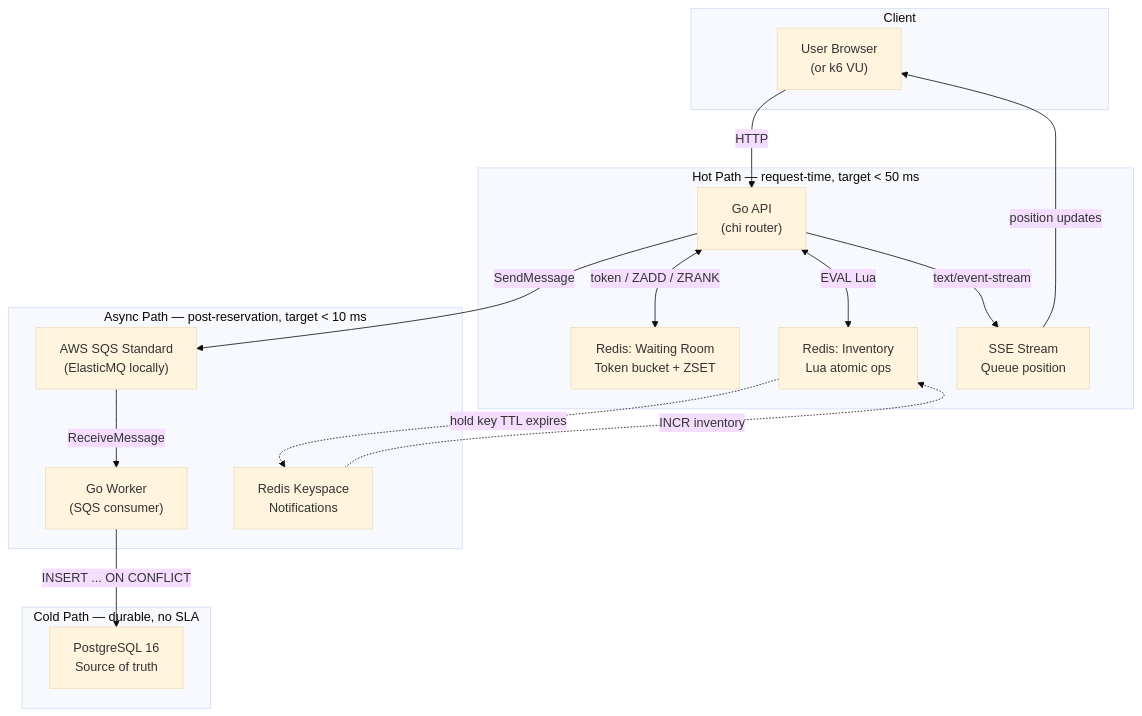
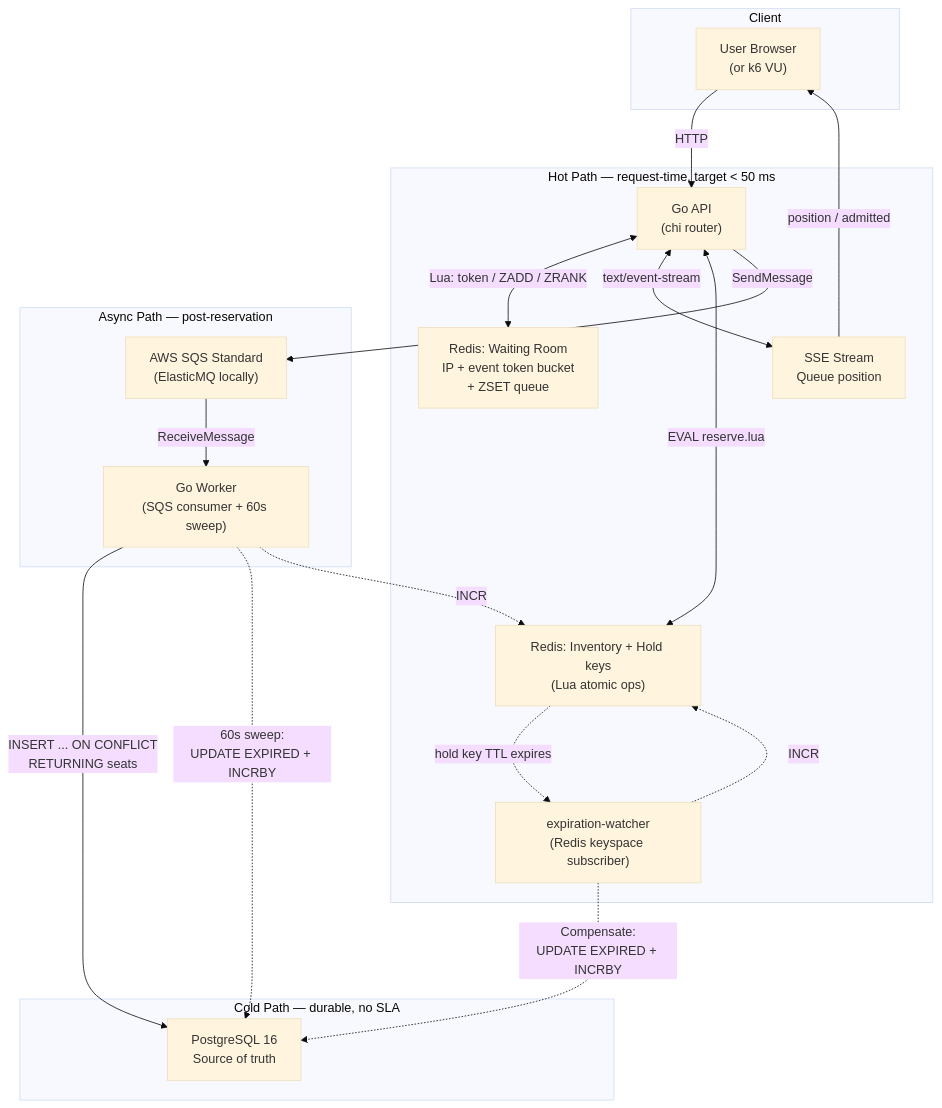
Before and after one commit to emmitt-k/ticket-deal: the first of 11 diagrams in docs/architecture.md, drawn with Mermaid (base theme). The commit also changed other lines of this file, not shown here.

First line of the commit message:
docs: rewrite architecture.md — refresh for Phases 5/6/7 + add File-by-File Reference

````diff
--- a/docs/architecture.md
+++ b/docs/architecture.md
@@ -27,34 +31,37 @@
 ```mermaid
 graph TB
     subgraph Client["Client"]
         User["User Browser<br/>(or k6 VU)"]
     end
 
     subgraph HotPath["Hot Path — request-time, target < 50 ms"]
         API["Go API<br/>(chi router)"]
-        RR["Redis: Waiting Room<br/>Token bucket + ZSET"]
-        RI["Redis: Inventory<br/>Lua atomic ops"]
+        RR["Redis: Waiting Room<br/>IP + event token bucket<br/>+ ZSET queue"]
+        RI["Redis: Inventory + Hold keys<br/>(Lua atomic ops)"]
         SSE["SSE Stream<br/>Queue position"]
+        Watcher["expiration-watcher<br/>(Redis keyspace subscriber)"]
     end
 
-    subgraph AsyncPath["Async Path — post-reservation, target < 10 ms"]
+    subgraph AsyncPath["Async Path — post-reservation"]
         SQS["AWS SQS Standard<br/>(ElasticMQ locally)"]
-        Worker["Go Worker<br/>(SQS consumer)"]
-        KS["Redis Keyspace<br/>Notifications"]
+        Worker["Go Worker<br/>(SQS consumer + 60s sweep)"]
     end
 
     subgraph ColdPath["Cold Path — durable, no SLA"]
         PG["PostgreSQL 16<br/>Source of truth"]
     end
 
     User -->|"HTTP"| API
-    API <-->|"token / ZADD / ZRANK"| RR
-    API -->|"text/event-stream"| SSE
-    SSE -->|"position updates"| User
-    API <-->|"EVAL Lua"| RI
+    API <-->|"Lua: token / ZADD / ZRANK"| RR
+    API <-->|"text/event-stream"| SSE
+    SSE -->|"position / admitted"| User
+    API <-->|"EVAL reserve.lua"| RI
     API -->|"SendMessage"| SQS
     SQS -->|"ReceiveMessage"| Worker
-    Worker -->|"INSERT ... ON CONFLICT"| PG
-    RI -.->|"hold key TTL expires"| KS
-    KS -.->|"INCR inventory"| RI
+    Worker -->|"INSERT ... ON CONFLICT<br/>RETURNING seats"| PG
+    RI -.->|"hold key TTL expires"| Watcher
+    Watcher -.->|"Compensate:<br/>UPDATE EXPIRED + INCRBY"| PG
+    Watcher -.->|"INCR"| RI
+    Worker -.->|"60s sweep:<br/>UPDATE EXPIRED + INCRBY"| PG
+    Worker -.->|"INCR"| RI
 ```
````
